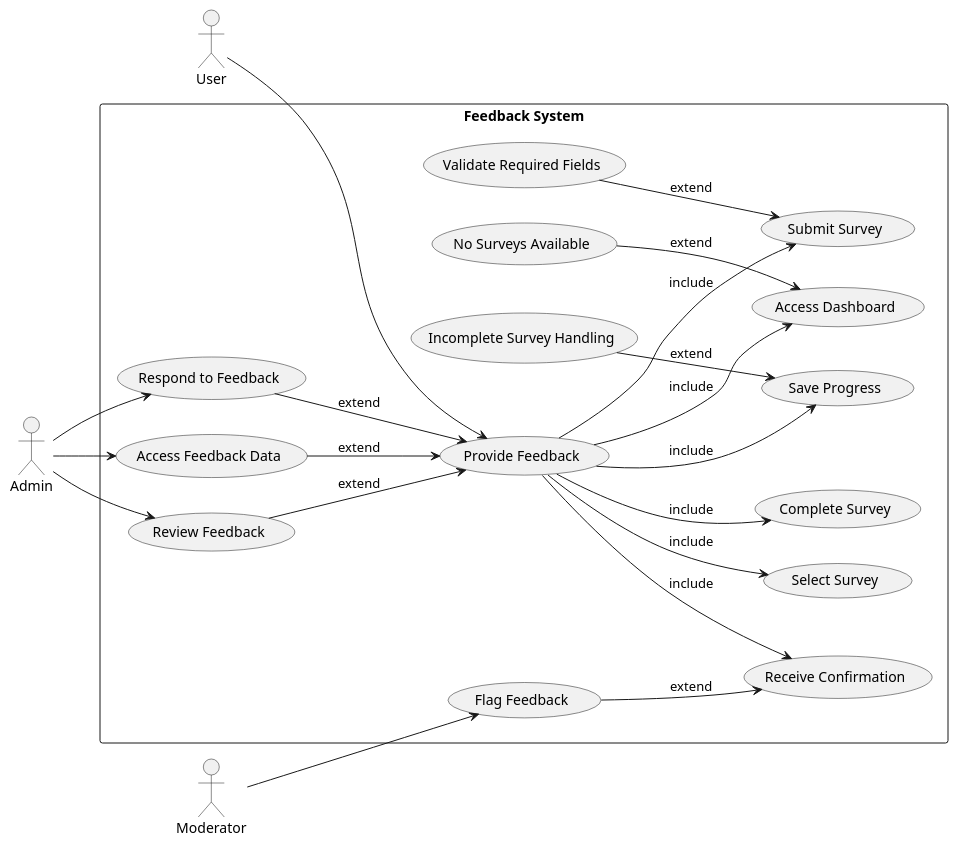
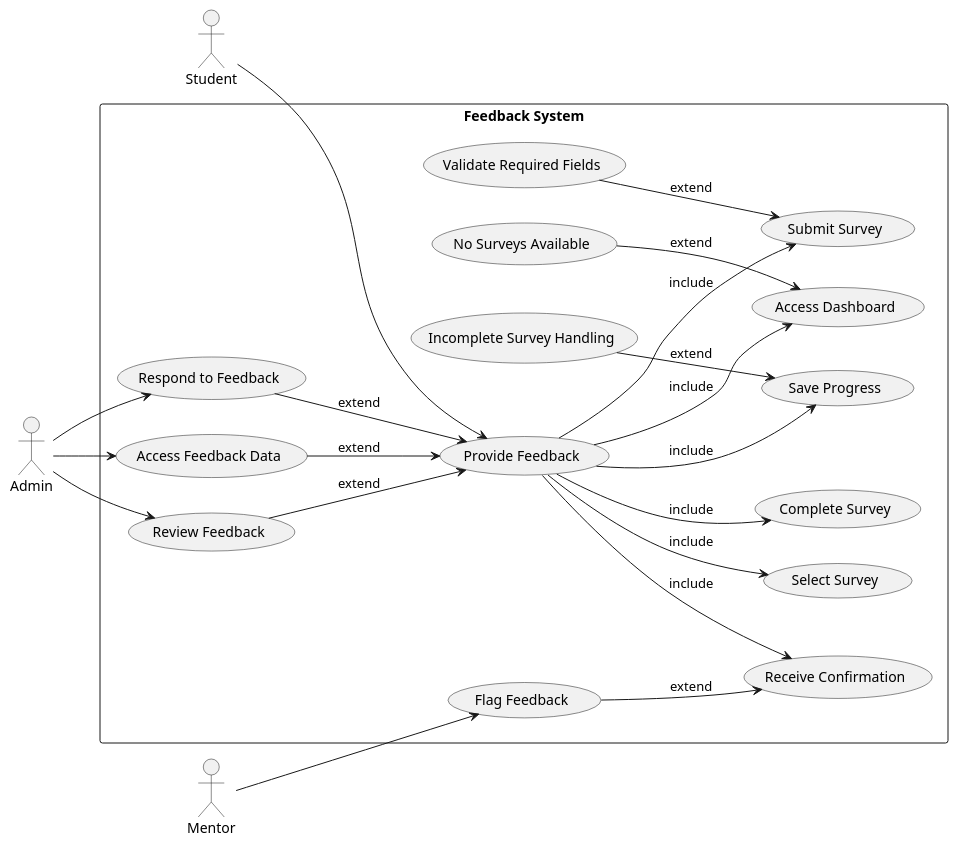
Before and after one commit to bahati7/MKB-cohort-2-Demo: the diagram in doc/usecases/plantUML/provide_feedback_usecase.puml, drawn with PlantUML.

Commit message:
Rename Actors #22

```diff
--- a/doc/usecases/plantUML/provide_feedback_usecase.puml
+++ b/doc/usecases/plantUML/provide_feedback_usecase.puml
@@ -1,53 +1,53 @@
 @startuml provide_feedback_usecase
 
 left to right direction
 
-actor "User" as user
+actor "Student" as student
 actor "Admin" as admin
-actor "Moderator" as moderator
+actor "Mentor" as mentor
 
 rectangle "Feedback System" {
 
   usecase "Provide Feedback" as UC_Main
 
   ' Existing flow
   usecase "Access Dashboard" as UC_Dashboard
   usecase "Select Survey" as UC_Select
   usecase "Complete Survey" as UC_Complete
   usecase "Submit Survey" as UC_Submit
   usecase "Receive Confirmation" as UC_Confirm
   usecase "Save Progress" as UC_Save
 
   UC_Main --> UC_Dashboard : include
   UC_Main --> UC_Select : include
   UC_Main --> UC_Complete : include
   UC_Main --> UC_Submit : include
   UC_Main --> UC_Confirm : include
   UC_Main --> UC_Save : include
 
   ' New use cases
   usecase "Access Feedback Data" as UC_Access
   usecase "No Surveys Available" as UC_None
   usecase "Incomplete Survey Handling" as UC_Incomplete
   usecase "Validate Required Fields" as UC_Validate
   usecase "Review Feedback" as UC_Review
   usecase "Flag Feedback" as UC_Flag
   usecase "Respond to Feedback" as UC_Respond
 
   ' Extensions
   UC_None --> UC_Dashboard : extend
   UC_Incomplete --> UC_Save : extend
   UC_Validate --> UC_Submit : extend
   UC_Access --> UC_Main : extend
   UC_Review --> UC_Main : extend
   UC_Flag --> UC_Confirm : extend
   UC_Respond --> UC_Main : extend
 }
 
-user --> UC_Main
+student --> UC_Main
 admin --> UC_Access
 admin --> UC_Review
 admin --> UC_Respond
-moderator --> UC_Flag
+mentor --> UC_Flag
 
 @enduml
```
